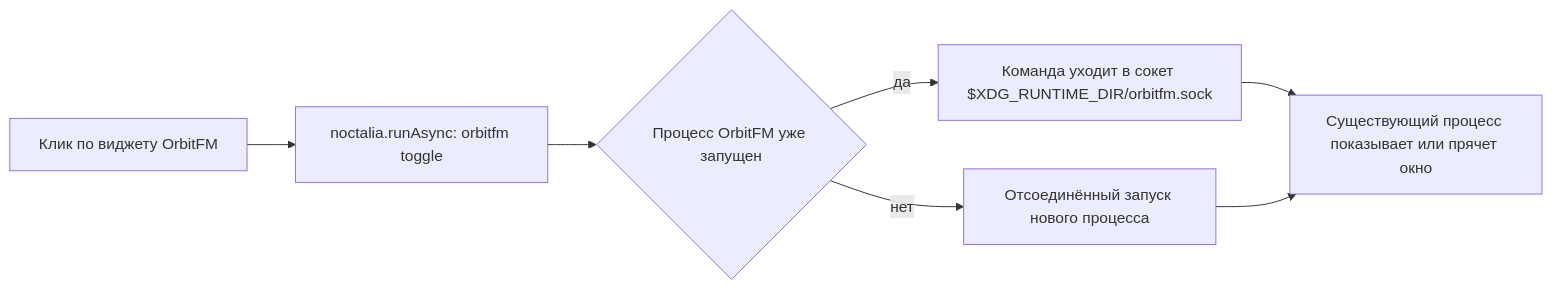
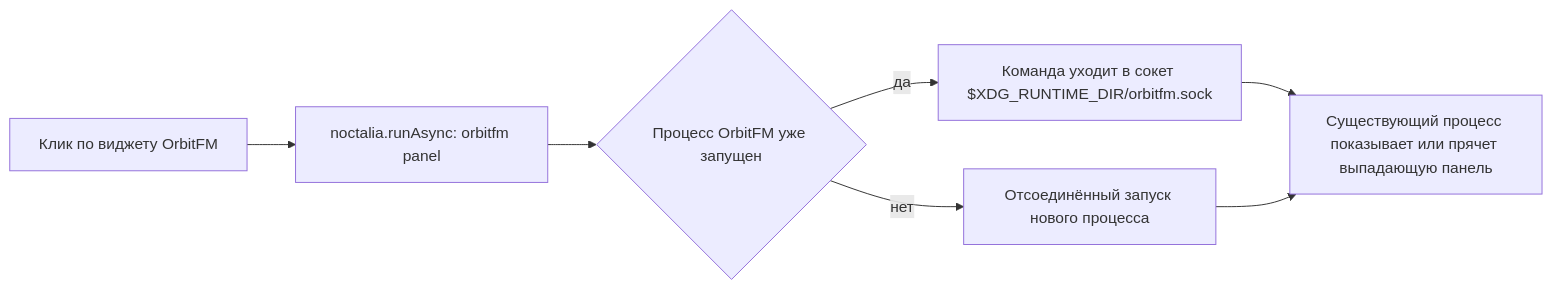
One commit to ModernByte/orbitfm changed the diagram in docs/wiki/06-Noctalia.md. Above: the diagram before and after it, drawn with Mermaid. The commit also changed other lines of this file and 76 other files, not shown here.

````diff
--- a/docs/wiki/06-Noctalia.md
+++ b/docs/wiki/06-Noctalia.md
@@ -32,9 +34,9 @@
 ```mermaid
 flowchart LR
-    A[Клик по виджету OrbitFM] --> B["noctalia.runAsync: orbitfm toggle"]
+    A[Клик по виджету OrbitFM] --> B["noctalia.runAsync: orbitfm panel"]
     B --> C{Процесс OrbitFM уже запущен}
     C -- да --> D["Команда уходит в сокет $XDG_RUNTIME_DIR/orbitfm.sock"]
-    D --> E["Существующий процесс показывает или прячет окно"]
+    D --> E["Существующий процесс показывает или прячет выпадающую панель"]
     C -- нет --> F["Отсоединённый запуск нового процесса"]
     F --> E
 ```
````
